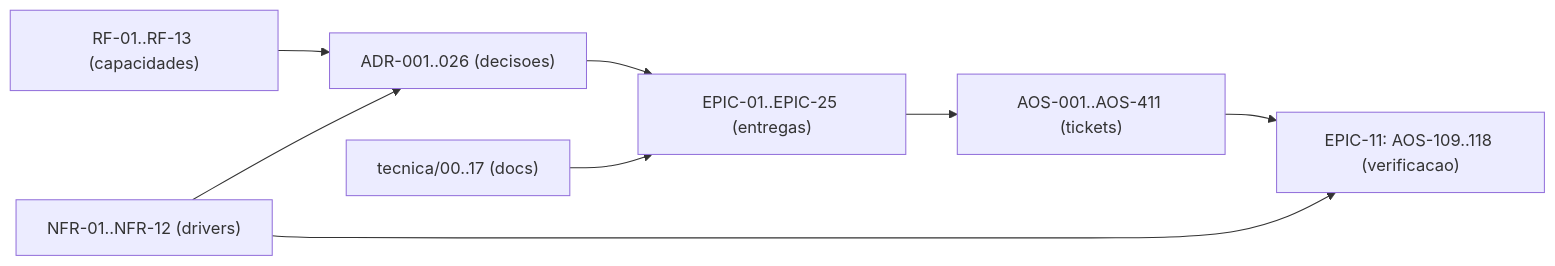
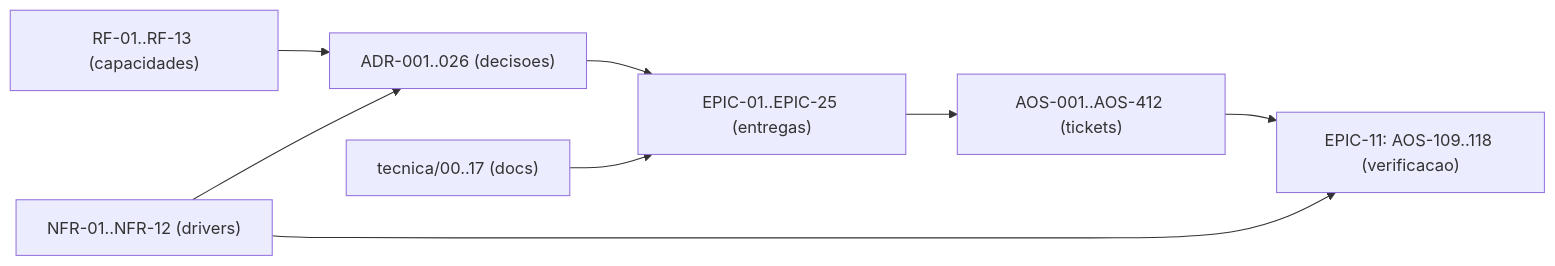
Before and after one commit to albinoJimy/aos: the diagram in tecnica/16_Rastreabilidade_RTM.md, drawn with Mermaid. The commit also changed other lines of this file and 9 other files, not shown here.

````diff
--- a/tecnica/16_Rastreabilidade_RTM.md
+++ b/tecnica/16_Rastreabilidade_RTM.md
@@ -184,10 +184,10 @@
 ```mermaid
 flowchart LR
     RF["RF-01..RF-13 (capacidades)"] --> ADR["ADR-001..026 (decisoes)"]
     NFR["NFR-01..NFR-12 (drivers)"] --> ADR
     ADR --> EPIC["EPIC-01..EPIC-25 (entregas)"]
-    EPIC --> TICK["AOS-001..AOS-411 (tickets)"]
+    EPIC --> TICK["AOS-001..AOS-412 (tickets)"]
     DOC["tecnica/00..17 (docs)"] --> EPIC
     TICK --> TEST["EPIC-11: AOS-109..118 (verificacao)"]
     NFR --> TEST
 ```
````
